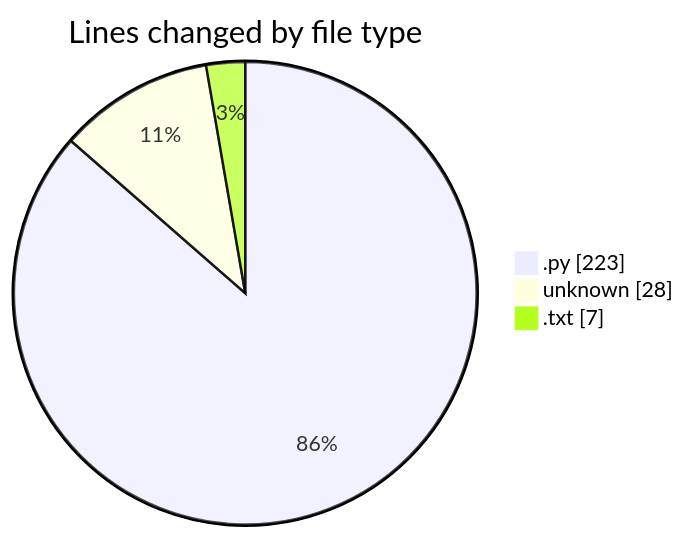
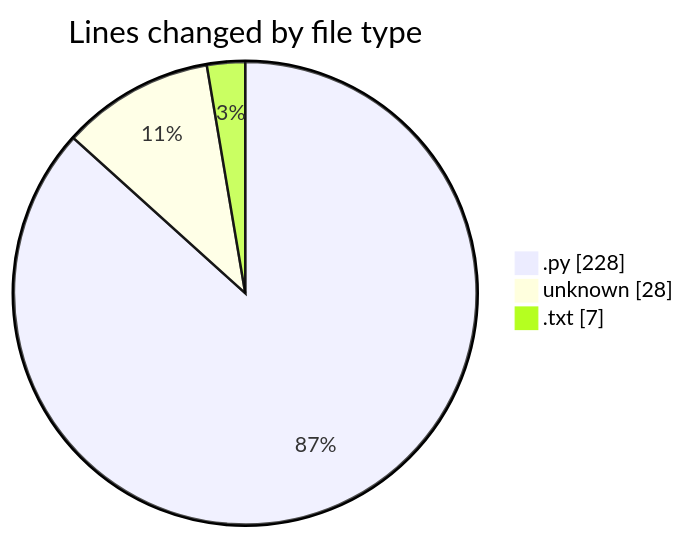
Before and after one commit to momahboobian/code-tracking: the first of 2 diagrams in 2026-09-18/video-downloader/README.md, drawn with Mermaid. The commit also changed other lines of this file and 1 other file, not shown here.

````diff
--- a/2026-09-18/video-downloader/README.md
+++ b/2026-09-18/video-downloader/README.md
@@ -23,7 +23,7 @@
 ```mermaid
 pie showData
 title Lines changed by file type
-".py" : 223
+".py" : 228
 "unknown" : 28
 ".txt" : 7
 ```
````
